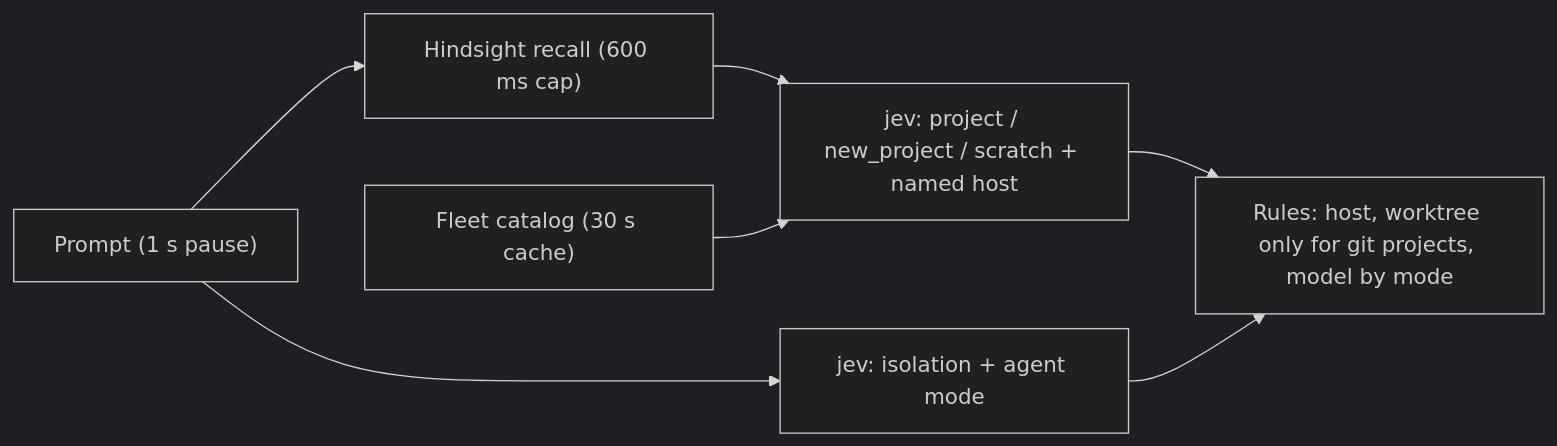
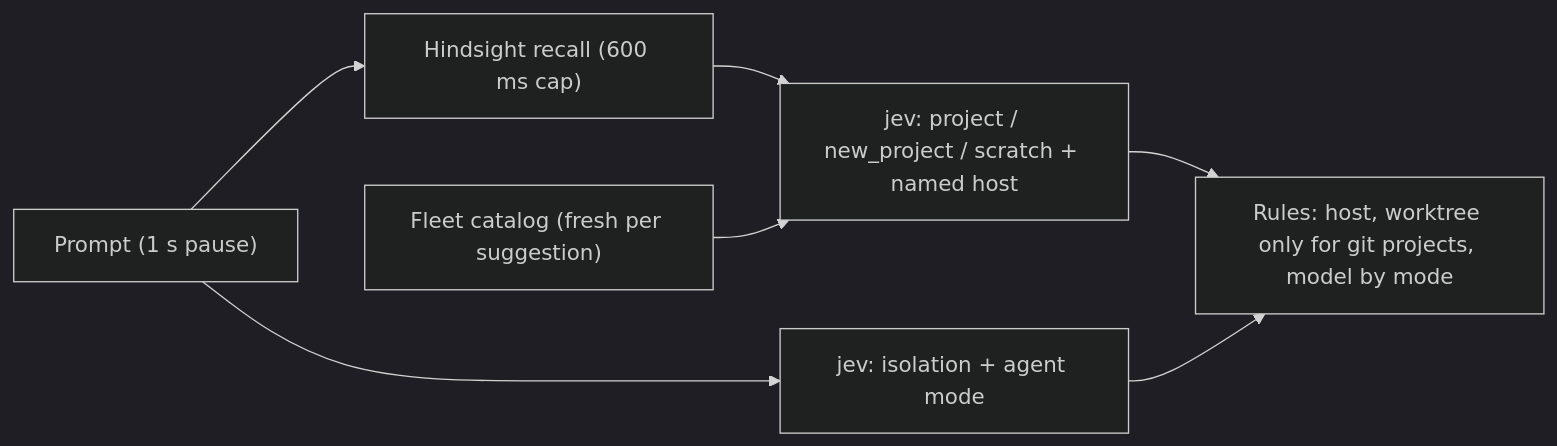
Before and after one commit to iammvaibhav/paseo: the diagram in docs/routing.md, drawn with Mermaid (dark theme). The commit also changed other lines of this file and 4 other files, not shown here.

````diff
--- a/docs/routing.md
+++ b/docs/routing.md
@@ -7,9 +7,9 @@
 ```mermaid
 flowchart LR
   P["Prompt (1 s pause)"] --> B["jev: isolation + agent mode"]
   P --> H["Hindsight recall (600 ms cap)"]
   H --> A["jev: project / new_project / scratch + named host"]
-  C["Fleet catalog (30 s cache)"] --> A
+  C["Fleet catalog (fresh per suggestion)"] --> A
   A --> R["Rules: host, worktree only for git projects, model by mode"]
   B --> R
 ```
````
